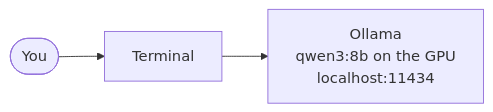
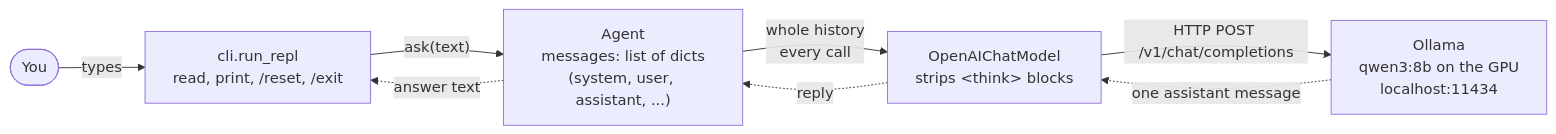
Before and after one commit to abilalakin/agent-harness-from-scratch: the diagram in docs/architecture.md, drawn with Mermaid. The commit also changed other lines of this file and 8 other files, not shown here.

Commit message:
feat: add terminal chat loop with history

````diff
--- a/docs/architecture.md
+++ b/docs/architecture.md
@@ -5,5 +5,10 @@
 ```mermaid
 flowchart LR
-    User([You]) --> Terminal[Terminal]
-    Terminal --> Ollama["Ollama<br/>qwen3:8b on the GPU<br/>localhost:11434"]
+    User([You]) -- types --> CLI["cli.run_repl<br/>read, print, /reset, /exit"]
+    CLI -- "ask(text)" --> Agent["Agent<br/>messages: list of dicts<br/>(system, user, assistant, ...)"]
+    Agent -- "whole history<br/>every call" --> Model["OpenAIChatModel<br/>strips &lt;think&gt; blocks"]
+    Model -- "HTTP POST /v1/chat/completions" --> Ollama["Ollama<br/>qwen3:8b on the GPU<br/>localhost:11434"]
+    Ollama -. "one assistant message" .-> Model
+    Model -. reply .-> Agent
+    Agent -. answer text .-> CLI
 ```
````
